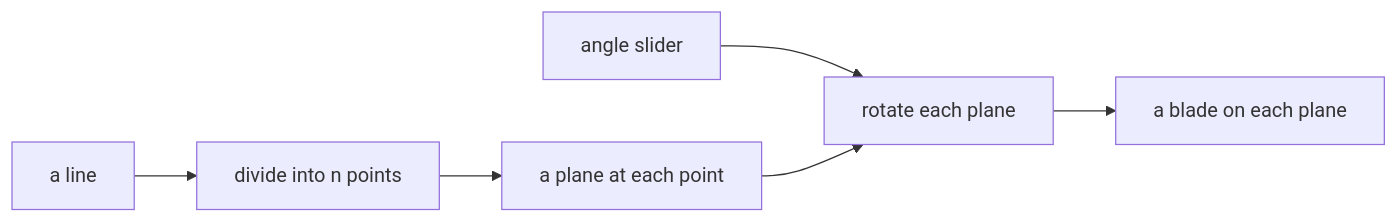
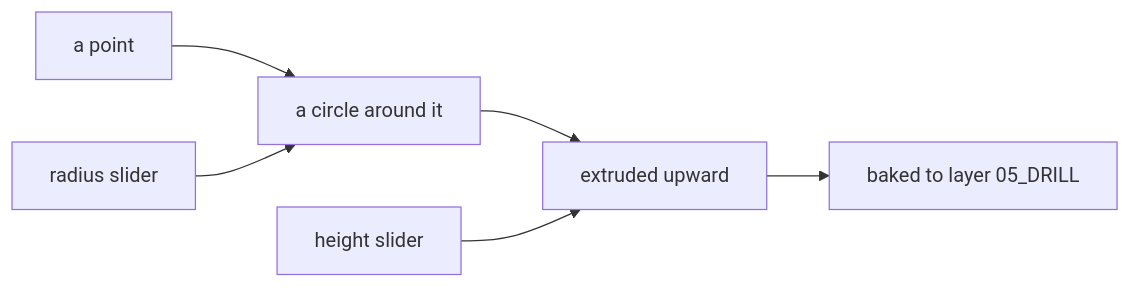
The diagram in Lecture/Week_05/goals.md (rccn-teaching/cdf), drawn with Mermaid before and after one commit. The commit also changed other lines of this file and 23 other files, not shown here.

Commit message:
Refactor lecture materials for Weeks 13-15: update README and goals to enhance clarity and structure; adjust session objectives and commands; improve flowcharts and voting processes for better engagement and understanding.

````diff
--- a/Lecture/Week_05/goals.md
+++ b/Lecture/Week_05/goals.md
@@ -32,8 +20,8 @@
 ```mermaid
 flowchart LR
-    L["a line"] --> D["divide into n points"]
-    D --> P["a plane at each point"]
-    A["angle slider"] --> R["rotate each plane"]
-    P --> R
-    R --> B["a blade on each plane"]
+    P["a point"] --> C["a circle around it"]
+    R["radius slider"] --> C
+    C --> E["extruded upward"]
+    H["height slider"] --> E
+    E --> B["baked to layer 05_DRILL"]
 ```
````
